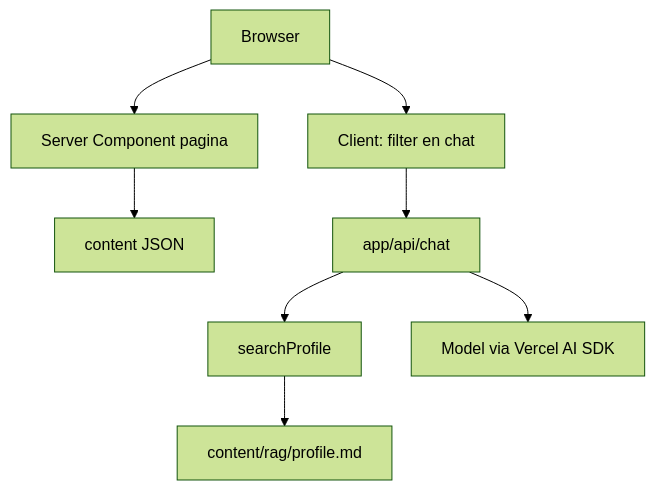
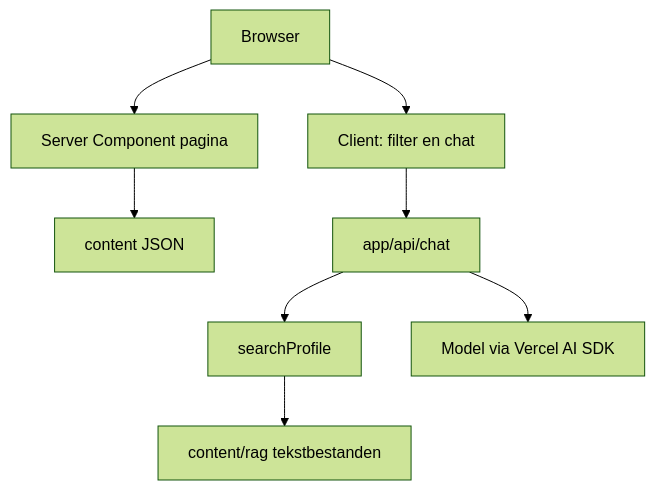
Before and after one commit to arvinwerk/portfolio-demo: the diagram in README.md, drawn with Mermaid (forest theme). The commit also changed other lines of this file and 11 other files, not shown here.

First line of the commit message:
Index the profile corpus with LangChain and BM25.

````diff
--- a/README.md
+++ b/README.md
@@ -17,19 +17,19 @@
 ```mermaid
 flowchart TD
   browser[Browser]
   page[Server Component pagina]
   filter[Client: filter en chat]
   json[content JSON]
   route[app/api/chat]
   tool[searchProfile]
-  md[content/rag/profile.md]
+  corpus[content/rag tekstbestanden]
   model[Model via Vercel AI SDK]
 
   browser --> page
   browser --> filter
   page --> json
   filter --> route
   route --> tool
-  tool --> md
+  tool --> corpus
   route --> model
 ```
````
